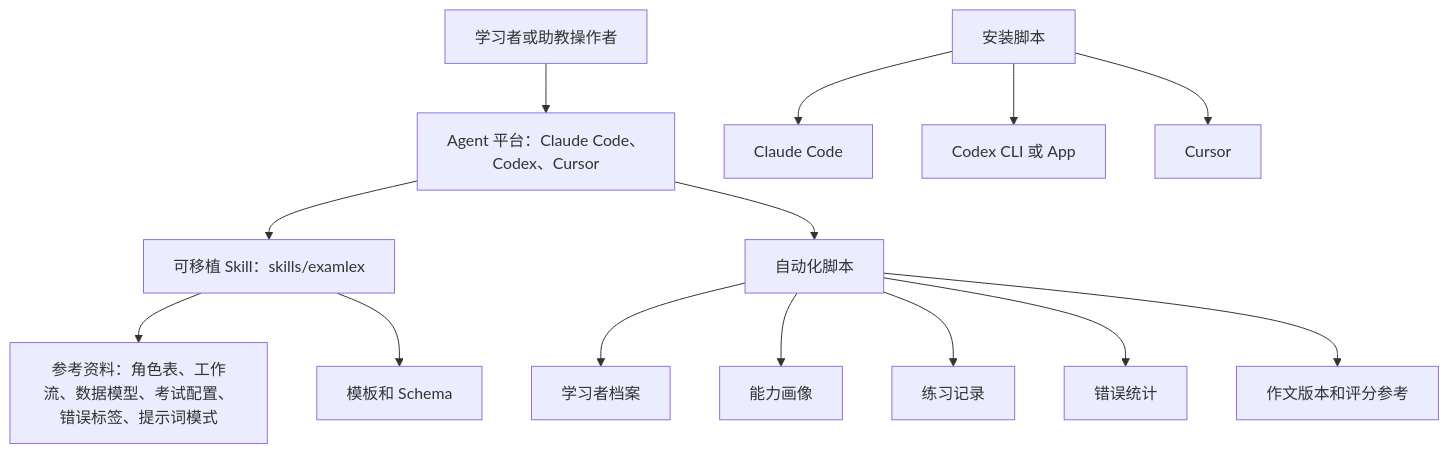
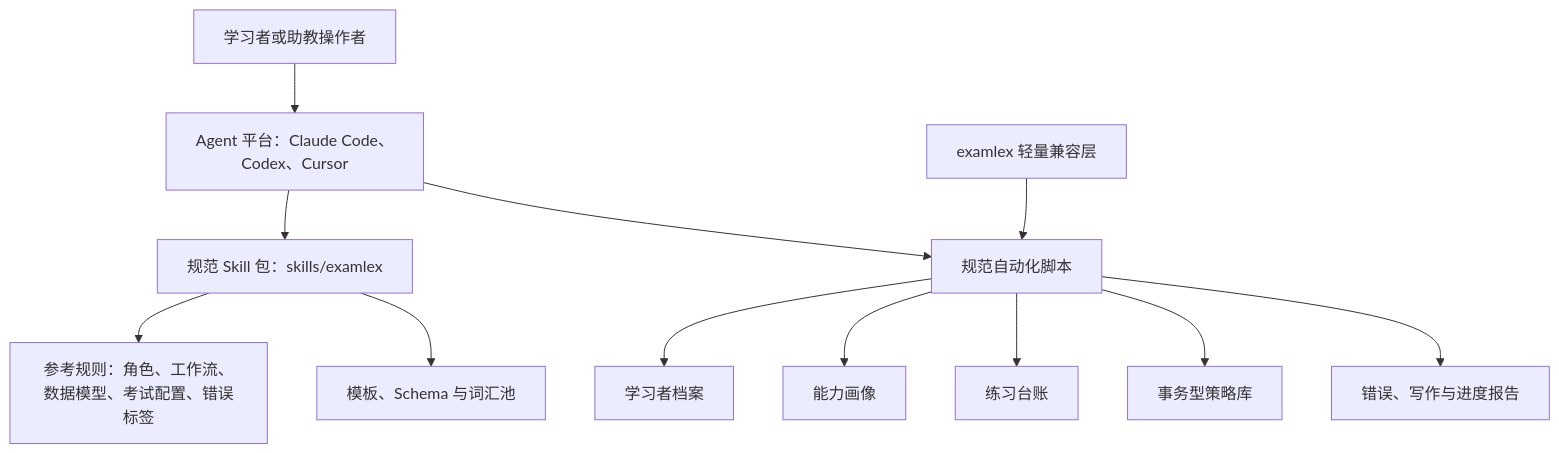
The first of 2 diagrams in zh-CN/docs/architecture.md (SFEW888/ExamLex), drawn with Mermaid before and after one commit. The commit also changed other lines of this file and 211 other files, not shown here.

````diff
--- a/zh-CN/docs/architecture.md
+++ b/zh-CN/docs/architecture.md
@@ -5,16 +5,14 @@
 ```mermaid
 flowchart TD
     User["学习者或助教操作者"] --> Agent["Agent 平台：Claude Code、Codex、Cursor"]
-    Agent --> Skill["可移植 Skill：skills/examlex"]
-    Skill --> References["参考资料：角色表、工作流、数据模型、考试配置、错误标签、提示词模式"]
-    Skill --> Templates["模板和 Schema"]
-    Agent --> Scripts["自动化脚本"]
+    Agent --> Skill["规范 Skill 包：skills/examlex"]
+    Skill --> References["参考规则：角色、工作流、数据模型、考试配置、错误标签"]
+    Skill --> Templates["模板、Schema 与词汇池"]
+    Agent --> Scripts["规范自动化脚本"]
     Scripts --> Profile["学习者档案"]
     Scripts --> Ability["能力画像"]
-    Scripts --> Ledger["练习记录"]
-    Scripts --> Errors["错误统计"]
-    Scripts --> Writing["作文版本和评分参考"]
-    Installers["安装脚本"] --> Claude["Claude Code"]
-    Installers --> Codex["Codex CLI 或 App"]
-    Installers --> Cursor["Cursor"]
+    Scripts --> Ledger["练习台账"]
+    Scripts --> Strategy["事务型策略库"]
+    Scripts --> Reports["错误、写作与进度报告"]
+    Compat["examlex 轻量兼容层"] --> Scripts
 ```
````
